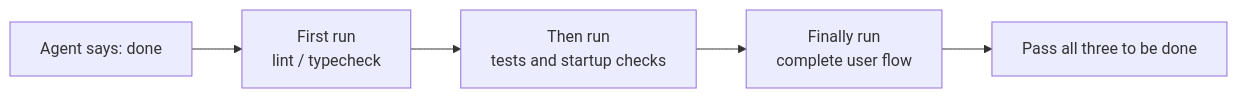
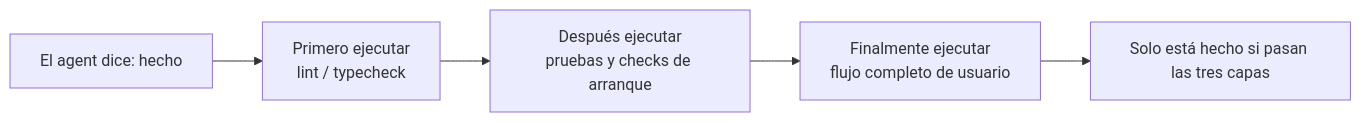
The first of 2 diagrams in docs/es/lectures/lecture-09-why-agents-declare-victory-too-early/index.md (jordipiella/learn-harness-engineering), drawn with Mermaid before and after one commit. The commit also changed other lines of this file and 108 other files, not shown here.

````diff
--- a/docs/es/lectures/lecture-09-why-agents-declare-victory-too-early/index.md
+++ b/docs/es/lectures/lecture-09-why-agents-declare-victory-too-early/index.md
@@ -22,7 +22,7 @@
 ```mermaid
 flowchart LR
-    Claim["Agent says: done"] --> L1["First run<br/>lint / typecheck"]
-    L1 --> L2["Then run<br/>tests and startup checks"]
-    L2 --> L3["Finally run<br/>complete user flow"]
-    L3 --> Done["Pass all three to be done"]
+    Claim["El agent dice: hecho"] --> L1["Primero ejecutar<br/>lint / typecheck"]
+    L1 --> L2["Después ejecutar<br/>pruebas y checks de arranque"]
+    L2 --> L3["Finalmente ejecutar<br/>flujo completo de usuario"]
+    L3 --> Done["Solo está hecho si pasan las tres capas"]
 ```
````
